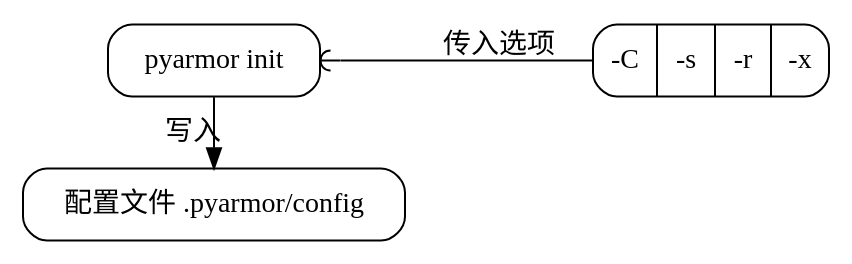
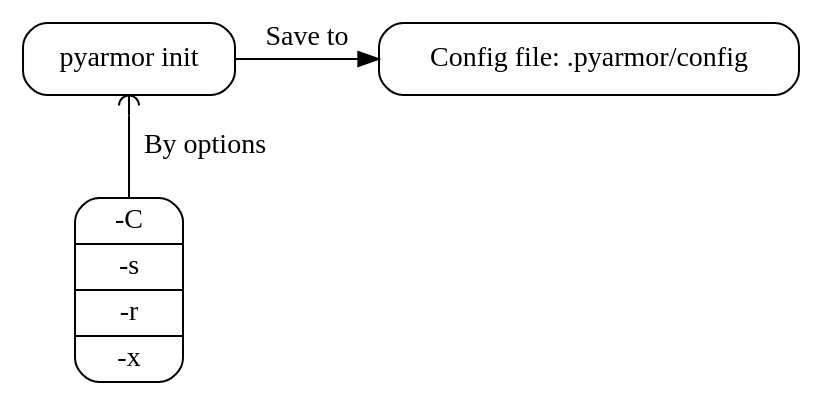
The first of 10 diagrams in pyarmor/learn/en/commands.rst (dashingsoft/dashingsoft.github.io), drawn with Graphviz before and after one commit. The commit also changed other lines of this file and 3 other files, not shown here.

```diff
--- a/pyarmor/learn/en/commands.rst
+++ b/pyarmor/learn/en/commands.rst
@@ -22,17 +22,16 @@
 .. graphviz::
    :caption: Create Project
    :align: center
    :name: g-create-project
 
    digraph G {
       node [shape=box, style=rounded, target="_top"]
-      rankdir=LR
 
       opts [shape=record
             label="{-C|-s|-r|-x}"]
       init [label="pyarmor init"]
-      conf [label="配置文件 .pyarmor/config"]
+      conf [label="Config file: .pyarmor/config"]
 
-      init -> opts [label="传入选项" dir=back arrowtail=curve]
-      rank=same { init -> conf [label="写入"] }
+      init -> opts [label="By options" dir=back arrowtail=curve]
+      rank=same { init -> conf [label="Save to"] }
    }
```
